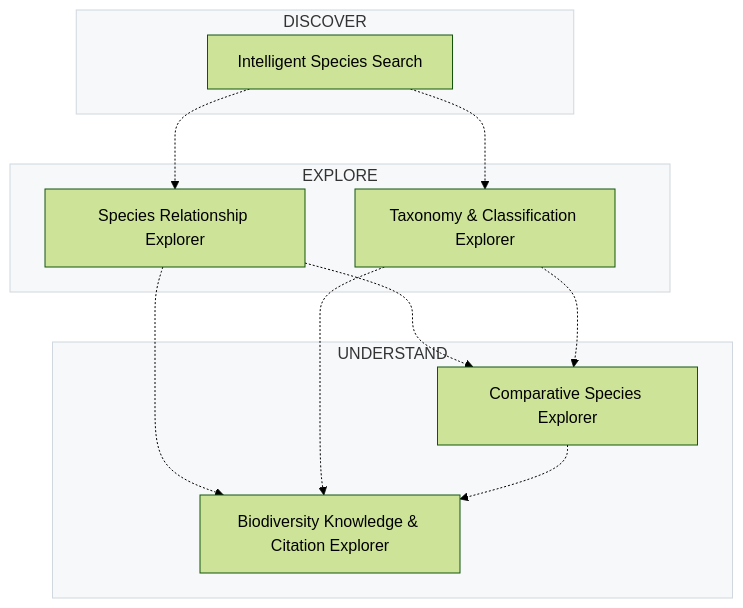
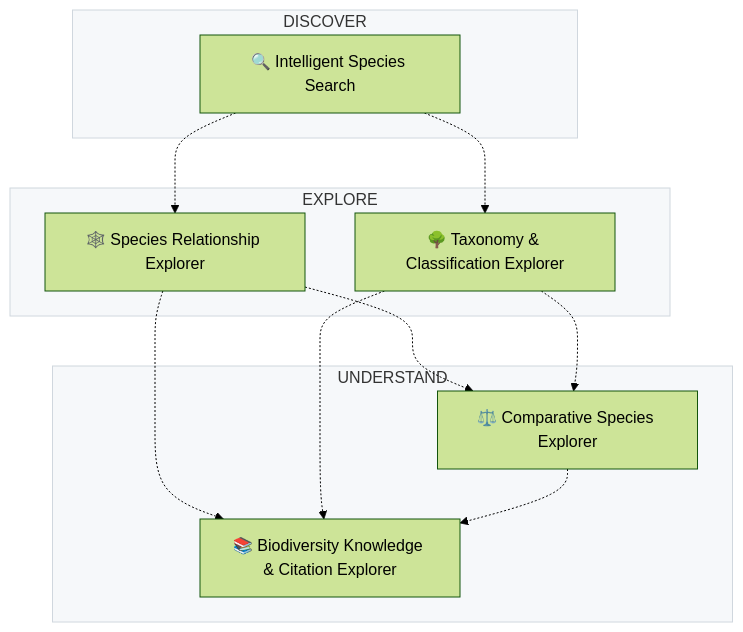
The second of 2 diagrams in profile/README.md (BorneoBiodiverse/.github), drawn with Mermaid (forest theme) before and after one commit. The commit also changed other lines of this file, not shown here.

````diff
--- a/profile/README.md
+++ b/profile/README.md
@@ -78,28 +117,28 @@
 ```mermaid
 flowchart TB
     subgraph DISCOVER["DISCOVER"]
-        M1["Intelligent Species Search"]
+        M1["🔍 Intelligent Species Search"]
     end
 
     subgraph EXPLORE["EXPLORE"]
-        M2["Species Relationship Explorer"]
-        M3["Taxonomy & Classification Explorer"]
+        M2["🕸️ Species Relationship Explorer"]
+        M3["🌳 Taxonomy & Classification Explorer"]
     end
 
     subgraph UNDERSTAND["UNDERSTAND"]
-        M4["Comparative Species Explorer"]
-        M5["Biodiversity Knowledge & Citation Explorer"]
+        M4["⚖️ Comparative Species Explorer"]
+        M5["📚 Biodiversity Knowledge & Citation Explorer"]
     end
 
     M1 -.-> M2
     M1 -.-> M3
     M2 -.-> M4
     M3 -.-> M4
     M2 -.-> M5
     M3 -.-> M5
     M4 -.-> M5
 
     style DISCOVER fill:#f6f8fa,stroke:#d0d7de
     style EXPLORE fill:#f6f8fa,stroke:#d0d7de
     style UNDERSTAND fill:#f6f8fa,stroke:#d0d7de
 ```
````
